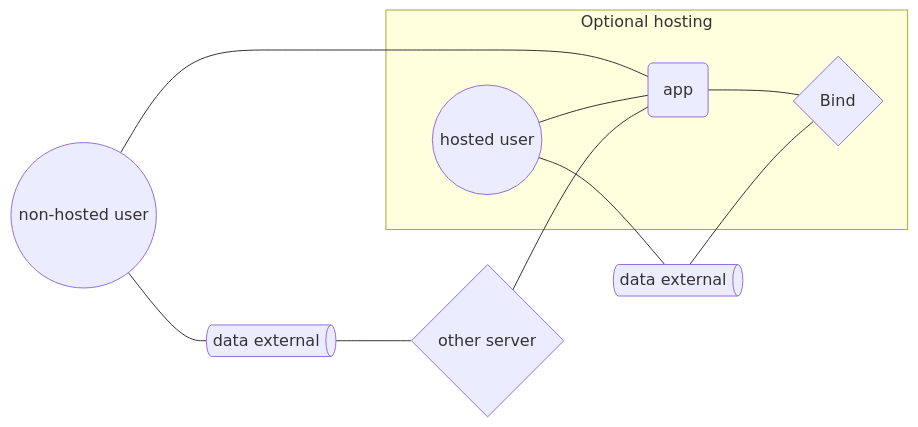
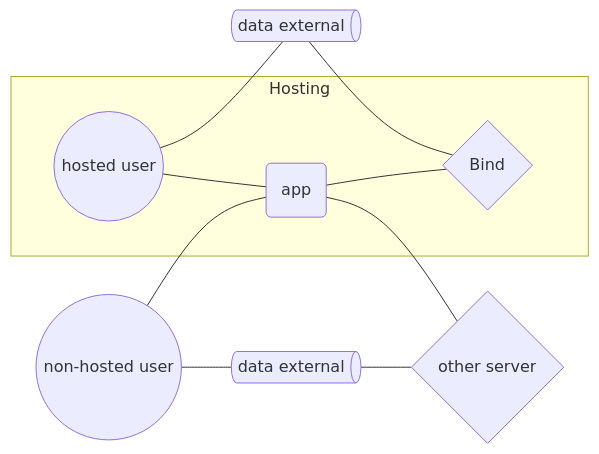
Before and after one commit to 0dataapp/bind: the diagram in docs/integrate/index.md, drawn with Mermaid.

Commit message:
organize hosting chart

````diff
--- a/docs/integrate/index.md
+++ b/docs/integrate/index.md
@@ -83,14 +83,13 @@
 ```mermaid
 flowchart LR
-	user1 --- data1[data external]@{ shape: das }
+  user1 --- data1[data external]@{ shape: das }
   user2[non-hosted user]@{ shape: circle } --- data2[data external]@{ shape: das }
   user2 --- app
-  subgraph Optional hosting
+  subgraph Hosting
     app@{ shape: rounded } --- server1["Bind"]@{ shape: diamond }
-    user1[hosted user]@{ shape: circle }
-    user1 --- app
+    user1[hosted user]@{ shape: circle } --- app
   end
-  server2 --- app
   data2 --- server2["other server"]@{ shape: diamond }
-	data1 --- server1
+  data1 --- server1
+  app --- server2
 ```
````
